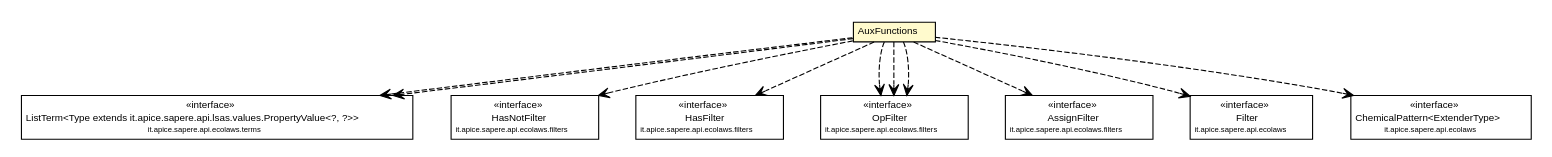
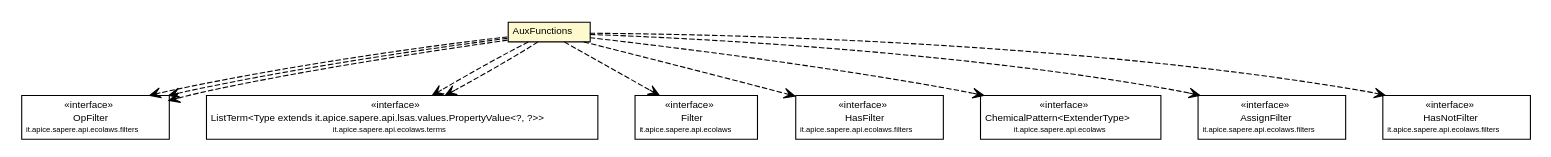
Before and after one commit to DanySK/Legacy-Contessi-Thesis-Semantic-Web-SAPERE: the diagram in deployed-site/semanticwebsapere-rdfmodel/apidocs/it/apice/sapere/api/ecolaws/visitors/internal/AuxFunctions.dot, drawn with Graphviz. The commit also changed 2758 other files, not shown here.

```diff
--- a/deployed-site/semanticwebsapere-rdfmodel/apidocs/it/apice/sapere/api/ecolaws/visitors/internal/AuxFunctions.dot
+++ b/deployed-site/semanticwebsapere-rdfmodel/apidocs/it/apice/sapere/api/ecolaws/visitors/internal/AuxFunctions.dot
@@ -1,92 +1,92 @@
 #!/usr/local/bin/dot
 #
 # Class diagram 
 # Generated by UmlGraph version 4.4 (http://www.spinellis.gr/sw/umlgraph)
 #
 
 digraph G {
 	edge [fontname="Helvetica",fontsize=10,labelfontname="Helvetica",labelfontsize=10];
 	node [fontname="Helvetica",fontsize=10,shape=plaintext];
 	// it.apice.sapere.api.ecolaws.visitors.internal.AuxFunctions
 	c3249 [label=<<table border="0" cellborder="1" cellspacing="0" cellpadding="2" port="p" bgcolor="lemonChiffon" href="./AuxFunctions.html">
 		<tr><td><table border="0" cellspacing="0" cellpadding="1">
 			<tr><td> AuxFunctions </td></tr>
 		</table></td></tr>
 		</table>>, fontname="Helvetica", fontcolor="black", fontsize=9.0];
+	// it.apice.sapere.api.ecolaws.visitors.internal.AuxFunctions DEPEND it.apice.sapere.api.ecolaws.filters.OpFilter
+	c3249:p -> c3273:p [taillabel="", label="", headlabel="", fontname="Helvetica", fontcolor="black", fontsize=10.0, color="black", arrowhead=open, style=dashed];
 	// it.apice.sapere.api.ecolaws.visitors.internal.AuxFunctions DEPEND it.apice.sapere.api.ecolaws.terms.ListTerm<Type extends it.apice.sapere.api.lsas.values.PropertyValue<?, ?>>
-	c3249:p -> c3273:p [taillabel="", label="", headlabel="", fontname="Helvetica", fontcolor="black", fontsize=10.0, color="black", arrowhead=open, style=dashed];
-	// it.apice.sapere.api.ecolaws.visitors.internal.AuxFunctions DEPEND it.apice.sapere.api.ecolaws.filters.HasNotFilter
 	c3249:p -> c3274:p [taillabel="", label="", headlabel="", fontname="Helvetica", fontcolor="black", fontsize=10.0, color="black", arrowhead=open, style=dashed];
-	// it.apice.sapere.api.ecolaws.visitors.internal.AuxFunctions DEPEND it.apice.sapere.api.ecolaws.filters.HasFilter
+	// it.apice.sapere.api.ecolaws.visitors.internal.AuxFunctions DEPEND it.apice.sapere.api.ecolaws.Filter
 	c3249:p -> c3275:p [taillabel="", label="", headlabel="", fontname="Helvetica", fontcolor="black", fontsize=10.0, color="black", arrowhead=open, style=dashed];
 	// it.apice.sapere.api.ecolaws.visitors.internal.AuxFunctions DEPEND it.apice.sapere.api.ecolaws.filters.OpFilter
+	c3249:p -> c3273:p [taillabel="", label="", headlabel="", fontname="Helvetica", fontcolor="black", fontsize=10.0, color="black", arrowhead=open, style=dashed];
+	// it.apice.sapere.api.ecolaws.visitors.internal.AuxFunctions DEPEND it.apice.sapere.api.ecolaws.filters.HasFilter
 	c3249:p -> c3276:p [taillabel="", label="", headlabel="", fontname="Helvetica", fontcolor="black", fontsize=10.0, color="black", arrowhead=open, style=dashed];
+	// it.apice.sapere.api.ecolaws.visitors.internal.AuxFunctions DEPEND it.apice.sapere.api.ecolaws.ChemicalPattern<ExtenderType>
+	c3249:p -> c3277:p [taillabel="", label="", headlabel="", fontname="Helvetica", fontcolor="black", fontsize=10.0, color="black", arrowhead=open, style=dashed];
 	// it.apice.sapere.api.ecolaws.visitors.internal.AuxFunctions DEPEND it.apice.sapere.api.ecolaws.filters.AssignFilter
-	c3249:p -> c3277:p [taillabel="", label="", headlabel="", fontname="Helvetica", fontcolor="black", fontsize=10.0, color="black", arrowhead=open, style=dashed];
+	c3249:p -> c3278:p [taillabel="", label="", headlabel="", fontname="Helvetica", fontcolor="black", fontsize=10.0, color="black", arrowhead=open, style=dashed];
+	// it.apice.sapere.api.ecolaws.visitors.internal.AuxFunctions DEPEND it.apice.sapere.api.ecolaws.filters.HasNotFilter
+	c3249:p -> c3279:p [taillabel="", label="", headlabel="", fontname="Helvetica", fontcolor="black", fontsize=10.0, color="black", arrowhead=open, style=dashed];
+	// it.apice.sapere.api.ecolaws.visitors.internal.AuxFunctions DEPEND it.apice.sapere.api.ecolaws.terms.ListTerm<Type extends it.apice.sapere.api.lsas.values.PropertyValue<?, ?>>
+	c3249:p -> c3274:p [taillabel="", label="", headlabel="", fontname="Helvetica", fontcolor="black", fontsize=10.0, color="black", arrowhead=open, style=dashed];
 	// it.apice.sapere.api.ecolaws.visitors.internal.AuxFunctions DEPEND it.apice.sapere.api.ecolaws.filters.OpFilter
-	c3249:p -> c3276:p [taillabel="", label="", headlabel="", fontname="Helvetica", fontcolor="black", fontsize=10.0, color="black", arrowhead=open, style=dashed];
-	// it.apice.sapere.api.ecolaws.visitors.internal.AuxFunctions DEPEND it.apice.sapere.api.ecolaws.filters.OpFilter
-	c3249:p -> c3276:p [taillabel="", label="", headlabel="", fontname="Helvetica", fontcolor="black", fontsize=10.0, color="black", arrowhead=open, style=dashed];
-	// it.apice.sapere.api.ecolaws.visitors.internal.AuxFunctions DEPEND it.apice.sapere.api.ecolaws.Filter
-	c3249:p -> c3278:p [taillabel="", label="", headlabel="", fontname="Helvetica", fontcolor="black", fontsize=10.0, color="black", arrowhead=open, style=dashed];
-	// it.apice.sapere.api.ecolaws.visitors.internal.AuxFunctions DEPEND it.apice.sapere.api.ecolaws.terms.ListTerm<Type extends it.apice.sapere.api.lsas.values.PropertyValue<?, ?>>
 	c3249:p -> c3273:p [taillabel="", label="", headlabel="", fontname="Helvetica", fontcolor="black", fontsize=10.0, color="black", arrowhead=open, style=dashed];
-	// it.apice.sapere.api.ecolaws.visitors.internal.AuxFunctions DEPEND it.apice.sapere.api.ecolaws.ChemicalPattern<ExtenderType>
-	c3249:p -> c3279:p [taillabel="", label="", headlabel="", fontname="Helvetica", fontcolor="black", fontsize=10.0, color="black", arrowhead=open, style=dashed];
 	// it.apice.sapere.api.ecolaws.ChemicalPattern<ExtenderType>
-	c3279 [label=<<table border="0" cellborder="1" cellspacing="0" cellpadding="2" port="p" href="http://java.sun.com/j2se/1.4.2/docs/api/it/apice/sapere/api/ecolaws/ChemicalPattern.html">
+	c3277 [label=<<table border="0" cellborder="1" cellspacing="0" cellpadding="2" port="p" href="http://java.sun.com/j2se/1.4.2/docs/api/it/apice/sapere/api/ecolaws/ChemicalPattern.html">
 		<tr><td><table border="0" cellspacing="0" cellpadding="1">
 			<tr><td> &laquo;interface&raquo; </td></tr>
 			<tr><td> ChemicalPattern&lt;ExtenderType&gt; </td></tr>
 			<tr><td><font point-size="7.0"> it.apice.sapere.api.ecolaws </font></td></tr>
 		</table></td></tr>
 		</table>>, fontname="Helvetica", fontcolor="black", fontsize=9.0];
 	// it.apice.sapere.api.ecolaws.terms.ListTerm<Type extends it.apice.sapere.api.lsas.values.PropertyValue<?, ?>>
-	c3273 [label=<<table border="0" cellborder="1" cellspacing="0" cellpadding="2" port="p" href="http://java.sun.com/j2se/1.4.2/docs/api/it/apice/sapere/api/ecolaws/terms/ListTerm.html">
+	c3274 [label=<<table border="0" cellborder="1" cellspacing="0" cellpadding="2" port="p" href="http://java.sun.com/j2se/1.4.2/docs/api/it/apice/sapere/api/ecolaws/terms/ListTerm.html">
 		<tr><td><table border="0" cellspacing="0" cellpadding="1">
 			<tr><td> &laquo;interface&raquo; </td></tr>
 			<tr><td> ListTerm&lt;Type extends it.apice.sapere.api.lsas.values.PropertyValue&lt;?, ?&gt;&gt; </td></tr>
 			<tr><td><font point-size="7.0"> it.apice.sapere.api.ecolaws.terms </font></td></tr>
 		</table></td></tr>
 		</table>>, fontname="Helvetica", fontcolor="black", fontsize=9.0];
 	// it.apice.sapere.api.ecolaws.filters.HasNotFilter
-	c3274 [label=<<table border="0" cellborder="1" cellspacing="0" cellpadding="2" port="p" href="http://java.sun.com/j2se/1.4.2/docs/api/it/apice/sapere/api/ecolaws/filters/HasNotFilter.html">
+	c3279 [label=<<table border="0" cellborder="1" cellspacing="0" cellpadding="2" port="p" href="http://java.sun.com/j2se/1.4.2/docs/api/it/apice/sapere/api/ecolaws/filters/HasNotFilter.html">
 		<tr><td><table border="0" cellspacing="0" cellpadding="1">
 			<tr><td> &laquo;interface&raquo; </td></tr>
 			<tr><td> HasNotFilter </td></tr>
 			<tr><td><font point-size="7.0"> it.apice.sapere.api.ecolaws.filters </font></td></tr>
 		</table></td></tr>
 		</table>>, fontname="Helvetica", fontcolor="black", fontsize=9.0];
 	// it.apice.sapere.api.ecolaws.filters.HasFilter
-	c3275 [label=<<table border="0" cellborder="1" cellspacing="0" cellpadding="2" port="p" href="http://java.sun.com/j2se/1.4.2/docs/api/it/apice/sapere/api/ecolaws/filters/HasFilter.html">
+	c3276 [label=<<table border="0" cellborder="1" cellspacing="0" cellpadding="2" port="p" href="http://java.sun.com/j2se/1.4.2/docs/api/it/apice/sapere/api/ecolaws/filters/HasFilter.html">
 		<tr><td><table border="0" cellspacing="0" cellpadding="1">
 			<tr><td> &laquo;interface&raquo; </td></tr>
 			<tr><td> HasFilter </td></tr>
 			<tr><td><font point-size="7.0"> it.apice.sapere.api.ecolaws.filters </font></td></tr>
 		</table></td></tr>
 		</table>>, fontname="Helvetica", fontcolor="black", fontsize=9.0];
 	// it.apice.sapere.api.ecolaws.filters.OpFilter
-	c3276 [label=<<table border="0" cellborder="1" cellspacing="0" cellpadding="2" port="p" href="http://java.sun.com/j2se/1.4.2/docs/api/it/apice/sapere/api/ecolaws/filters/OpFilter.html">
+	c3273 [label=<<table border="0" cellborder="1" cellspacing="0" cellpadding="2" port="p" href="http://java.sun.com/j2se/1.4.2/docs/api/it/apice/sapere/api/ecolaws/filters/OpFilter.html">
 		<tr><td><table border="0" cellspacing="0" cellpadding="1">
 			<tr><td> &laquo;interface&raquo; </td></tr>
 			<tr><td> OpFilter </td></tr>
 			<tr><td><font point-size="7.0"> it.apice.sapere.api.ecolaws.filters </font></td></tr>
 		</table></td></tr>
 		</table>>, fontname="Helvetica", fontcolor="black", fontsize=9.0];
 	// it.apice.sapere.api.ecolaws.filters.AssignFilter
-	c3277 [label=<<table border="0" cellborder="1" cellspacing="0" cellpadding="2" port="p" href="http://java.sun.com/j2se/1.4.2/docs/api/it/apice/sapere/api/ecolaws/filters/AssignFilter.html">
+	c3278 [label=<<table border="0" cellborder="1" cellspacing="0" cellpadding="2" port="p" href="http://java.sun.com/j2se/1.4.2/docs/api/it/apice/sapere/api/ecolaws/filters/AssignFilter.html">
 		<tr><td><table border="0" cellspacing="0" cellpadding="1">
 			<tr><td> &laquo;interface&raquo; </td></tr>
 			<tr><td> AssignFilter </td></tr>
 			<tr><td><font point-size="7.0"> it.apice.sapere.api.ecolaws.filters </font></td></tr>
 		</table></td></tr>
 		</table>>, fontname="Helvetica", fontcolor="black", fontsize=9.0];
 	// it.apice.sapere.api.ecolaws.Filter
-	c3278 [label=<<table border="0" cellborder="1" cellspacing="0" cellpadding="2" port="p" href="http://java.sun.com/j2se/1.4.2/docs/api/it/apice/sapere/api/ecolaws/Filter.html">
+	c3275 [label=<<table border="0" cellborder="1" cellspacing="0" cellpadding="2" port="p" href="http://java.sun.com/j2se/1.4.2/docs/api/it/apice/sapere/api/ecolaws/Filter.html">
 		<tr><td><table border="0" cellspacing="0" cellpadding="1">
 			<tr><td> &laquo;interface&raquo; </td></tr>
 			<tr><td> Filter </td></tr>
 			<tr><td><font point-size="7.0"> it.apice.sapere.api.ecolaws </font></td></tr>
 		</table></td></tr>
 		</table>>, fontname="Helvetica", fontcolor="black", fontsize=9.0];
 }
```
